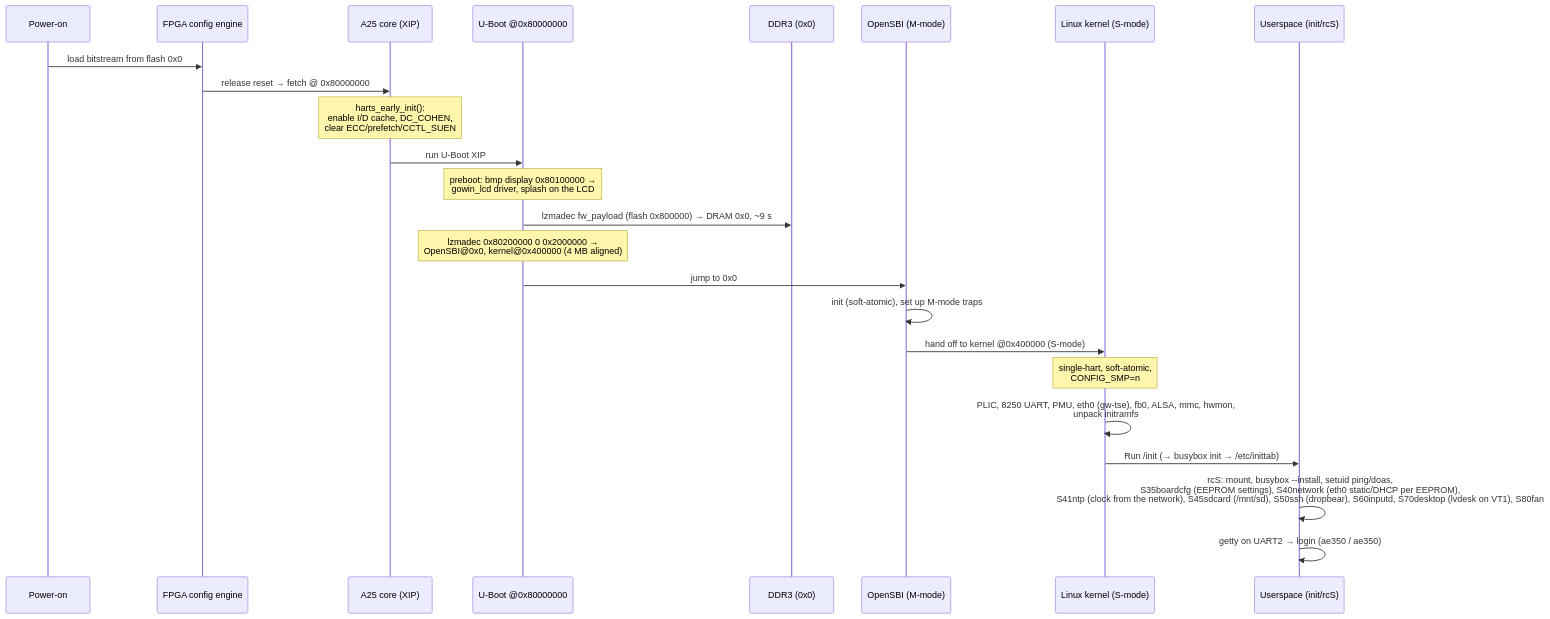
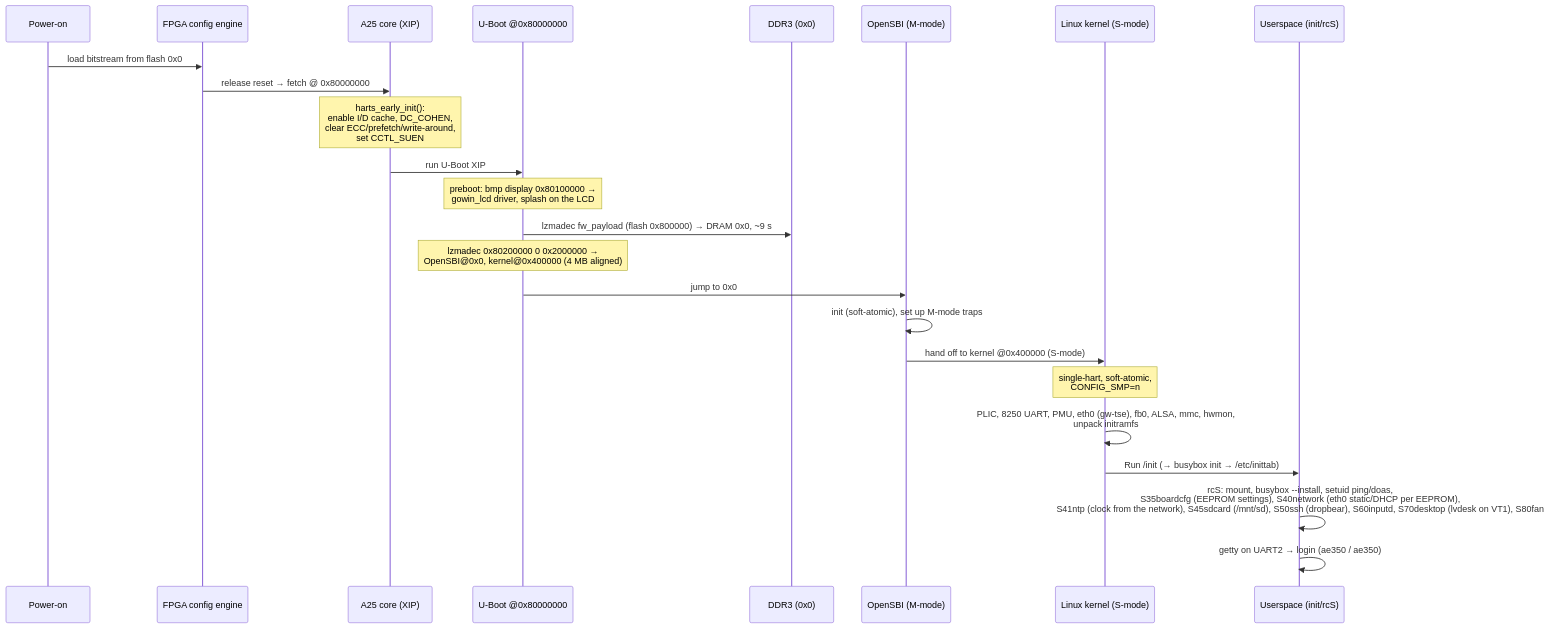
One commit to phoenix367/tang-mega-138K-Pro-demo changed the second of 3 diagrams in doc/03-boot.md. Above: the diagram before and after it, drawn with Mermaid. The commit also changed other lines of this file and 16 other files, not shown here.

````diff
--- a/doc/03-boot.md
+++ b/doc/03-boot.md
@@ -30,27 +30,27 @@
 ```mermaid
 sequenceDiagram
   participant PWR as Power-on
   participant FPGA as FPGA config engine
   participant A25 as A25 core (XIP)
   participant UB as U-Boot @0x80000000
   participant DDR as DDR3 (0x0)
   participant SBI as OpenSBI (M-mode)
   participant K as Linux kernel (S-mode)
   participant US as Userspace (init/rcS)
 
   PWR->>FPGA: load bitstream from flash 0x0
   FPGA->>A25: release reset → fetch @ 0x80000000
-  Note over A25: harts_early_init():<br/>enable I/D cache, DC_COHEN,<br/>clear ECC/prefetch/CCTL_SUEN
+  Note over A25: harts_early_init():<br/>enable I/D cache, DC_COHEN,<br/>clear ECC/prefetch/write-around,<br/>set CCTL_SUEN
   A25->>UB: run U-Boot XIP
   Note over UB: preboot: bmp display 0x80100000 →<br/>gowin_lcd driver, splash on the LCD
   UB->>DDR: lzmadec fw_payload (flash 0x800000) → DRAM 0x0, ~9 s
   Note over UB: lzmadec 0x80200000 0 0x2000000 →<br/>OpenSBI@0x0, kernel@0x400000 (4 MB aligned)
   UB->>SBI: jump to 0x0
   SBI->>SBI: init (soft-atomic), set up M-mode traps
   SBI->>K: hand off to kernel @0x400000 (S-mode)
   Note over K: single-hart, soft-atomic,<br/>CONFIG_SMP=n
   K->>K: PLIC, 8250 UART, PMU, eth0 (gw-tse), fb0, ALSA, mmc, hwmon,<br/>unpack initramfs
   K->>US: Run /init  (→ busybox init → /etc/inittab)
   US->>US: rcS: mount, busybox --install, setuid ping/doas,<br/>S35boardcfg (EEPROM settings), S40network (eth0 static/DHCP per EEPROM),<br/>S41ntp (clock from the network), S45sdcard (/mnt/sd), S50ssh (dropbear), S60inputd, S70desktop (lvdesk on VT1), S80fan
   US->>US: getty on UART2 → login (ae350 / ae350)
 ```
````
